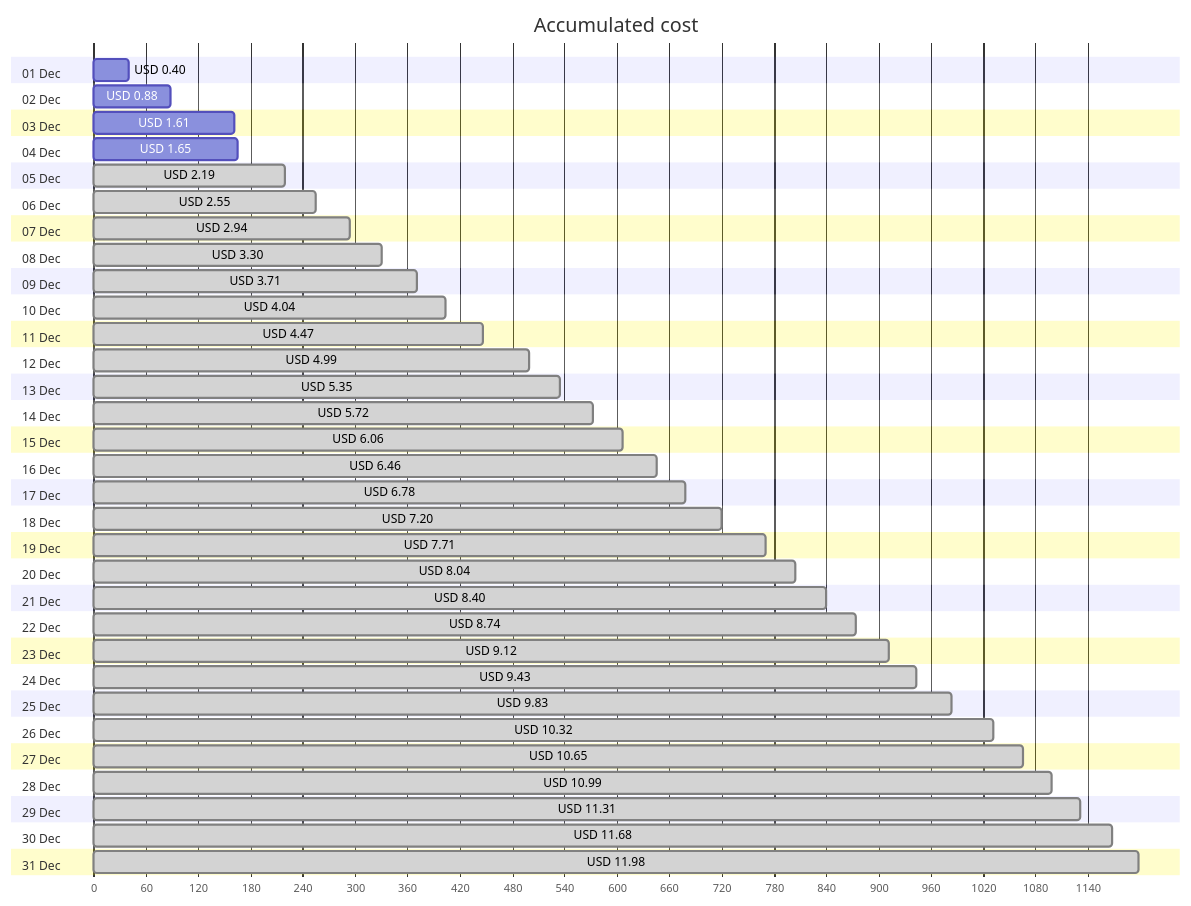
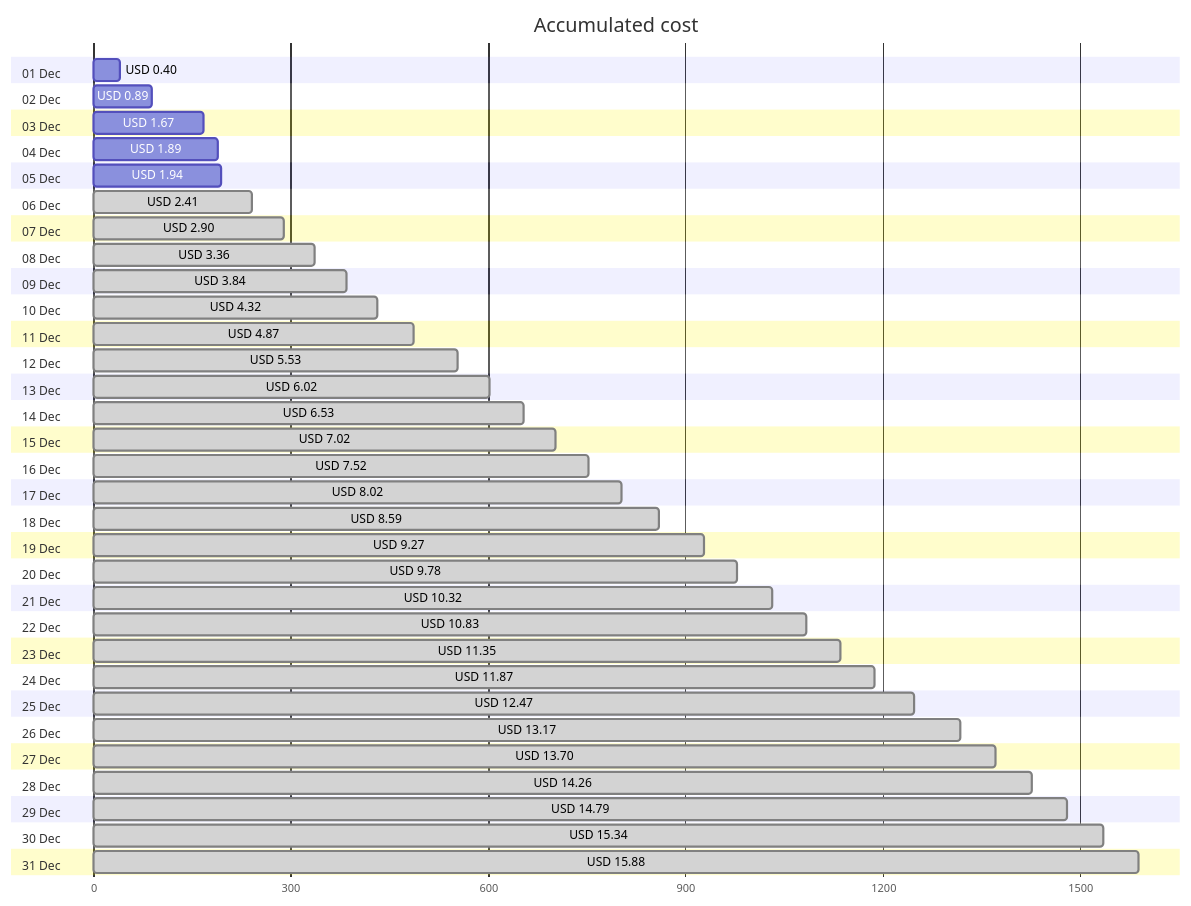
The first of 4 diagrams in cost-reports/personal-network/vpn-server.md (jpfulton/azure-personal-reports), drawn with Mermaid before and after one commit. The commit also changed other lines of this file and 8 other files, not shown here.

````diff
--- a/cost-reports/personal-network/vpn-server.md
+++ b/cost-reports/personal-network/vpn-server.md
@@ -20,68 +20,68 @@
 ```mermaid
 gantt
    title Accumulated cost
    dateFormat  X
    axisFormat %s
    section 01 Dec
    USD 0.40 :0, 40
    section 02 Dec
-   USD 0.88 :0, 88
+   USD 0.89 :0, 89
    section 03 Dec
-   USD 1.61 :0, 161
+   USD 1.67 :0, 167
    section 04 Dec
-   USD 1.65 :0, 165
+   USD 1.89 :0, 189
    section 05 Dec
-   USD 2.19 : done, 0, 219
+   USD 1.94 :0, 194
    section 06 Dec
-   USD 2.55 : done, 0, 255
+   USD 2.41 : done, 0, 241
    section 07 Dec
-   USD 2.94 : done, 0, 294
+   USD 2.90 : done, 0, 290
    section 08 Dec
-   USD 3.30 : done, 0, 330
+   USD 3.36 : done, 0, 336
    section 09 Dec
-   USD 3.71 : done, 0, 371
+   USD 3.84 : done, 0, 384
    section 10 Dec
-   USD 4.04 : done, 0, 404
+   USD 4.32 : done, 0, 432
    section 11 Dec
-   USD 4.47 : done, 0, 447
+   USD 4.87 : done, 0, 487
    section 12 Dec
-   USD 4.99 : done, 0, 499
+   USD 5.53 : done, 0, 553
    section 13 Dec
-   USD 5.35 : done, 0, 535
+   USD 6.02 : done, 0, 602
    section 14 Dec
-   USD 5.72 : done, 0, 572
+   USD 6.53 : done, 0, 653
    section 15 Dec
-   USD 6.06 : done, 0, 606
+   USD 7.02 : done, 0, 702
    section 16 Dec
-   USD 6.46 : done, 0, 646
+   USD 7.52 : done, 0, 752
    section 17 Dec
-   USD 6.78 : done, 0, 678
+   USD 8.02 : done, 0, 802
    section 18 Dec
-   USD 7.20 : done, 0, 720
+   USD 8.59 : done, 0, 859
    section 19 Dec
-   USD 7.71 : done, 0, 771
+   USD 9.27 : done, 0, 927
    section 20 Dec
-   USD 8.04 : done, 0, 804
+   USD 9.78 : done, 0, 978
    section 21 Dec
-   USD 8.40 : done, 0, 840
+   USD 10.32 : done, 0, 1032
    section 22 Dec
-   USD 8.74 : done, 0, 874
+   USD 10.83 : done, 0, 1083
    section 23 Dec
-   USD 9.12 : done, 0, 912
+   USD 11.35 : done, 0, 1135
    section 24 Dec
-   USD 9.43 : done, 0, 943
+   USD 11.87 : done, 0, 1187
    section 25 Dec
-   USD 9.83 : done, 0, 983
+   USD 12.47 : done, 0, 1247
    section 26 Dec
-   USD 10.32 : done, 0, 1032
+   USD 13.17 : done, 0, 1317
    section 27 Dec
-   USD 10.65 : done, 0, 1065
+   USD 13.70 : done, 0, 1370
    section 28 Dec
-   USD 10.99 : done, 0, 1099
+   USD 14.26 : done, 0, 1426
    section 29 Dec
-   USD 11.31 : done, 0, 1131
+   USD 14.79 : done, 0, 1479
    section 30 Dec
-   USD 11.68 : done, 0, 1168
+   USD 15.34 : done, 0, 1534
    section 31 Dec
-   USD 11.98 : done, 0, 1198
+   USD 15.88 : done, 0, 1588
 ```
````
